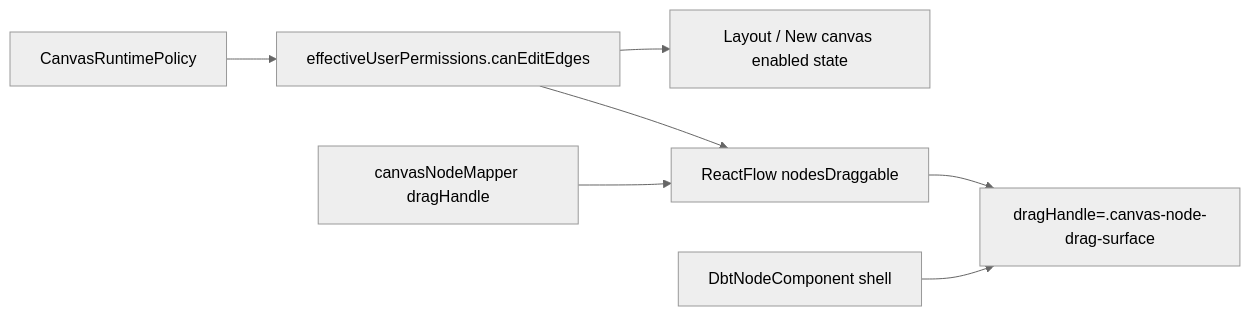
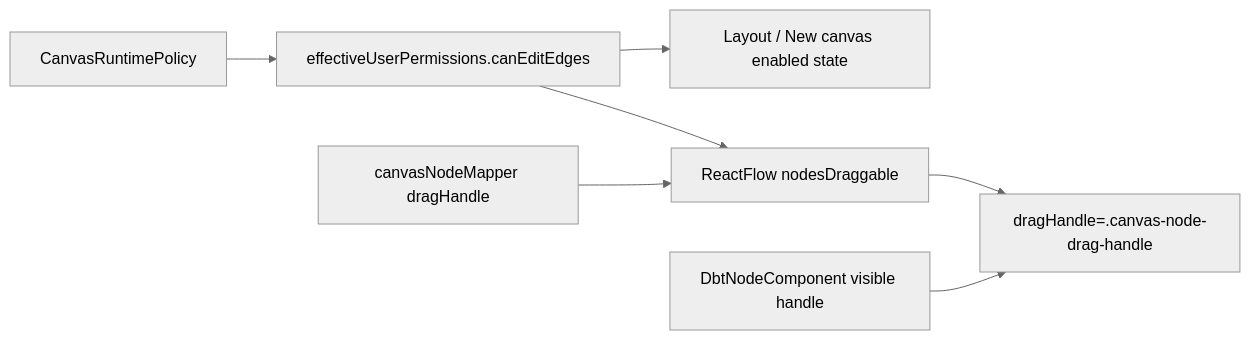
The sixth of 10 diagrams in docs/architecture/components/web/graph/graph-frontend-architecture.md (dunay2/dvt), drawn with Mermaid (neutral theme) before and after one commit. The commit also changed other lines of this file and 47 other files, not shown here.

````diff
--- a/docs/architecture/components/web/graph/graph-frontend-architecture.md
+++ b/docs/architecture/components/web/graph/graph-frontend-architecture.md
@@ -358,9 +358,9 @@
 ```mermaid
 flowchart LR
   Policy["CanvasRuntimePolicy"] --> Effective["effectiveUserPermissions.canEditEdges"]
   Effective --> Viewport["ReactFlow nodesDraggable"]
   Effective --> Toolbar["Layout / New canvas enabled state"]
   Mapper["canvasNodeMapper dragHandle"] --> Viewport
-  Viewport --> DragHandle["dragHandle=.canvas-node-drag-surface"]
-  Node["DbtNodeComponent shell"] --> DragHandle
+  Viewport --> DragHandle["dragHandle=.canvas-node-drag-handle"]
+  Node["DbtNodeComponent visible handle"] --> DragHandle
 ```
````
